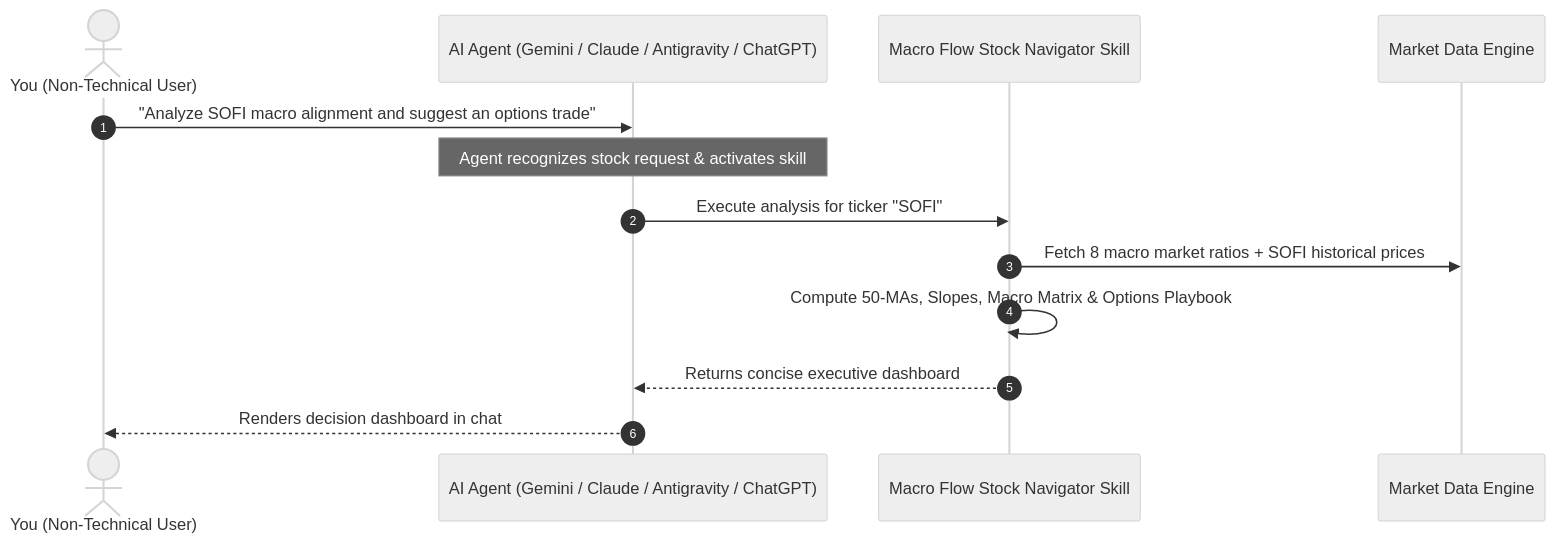
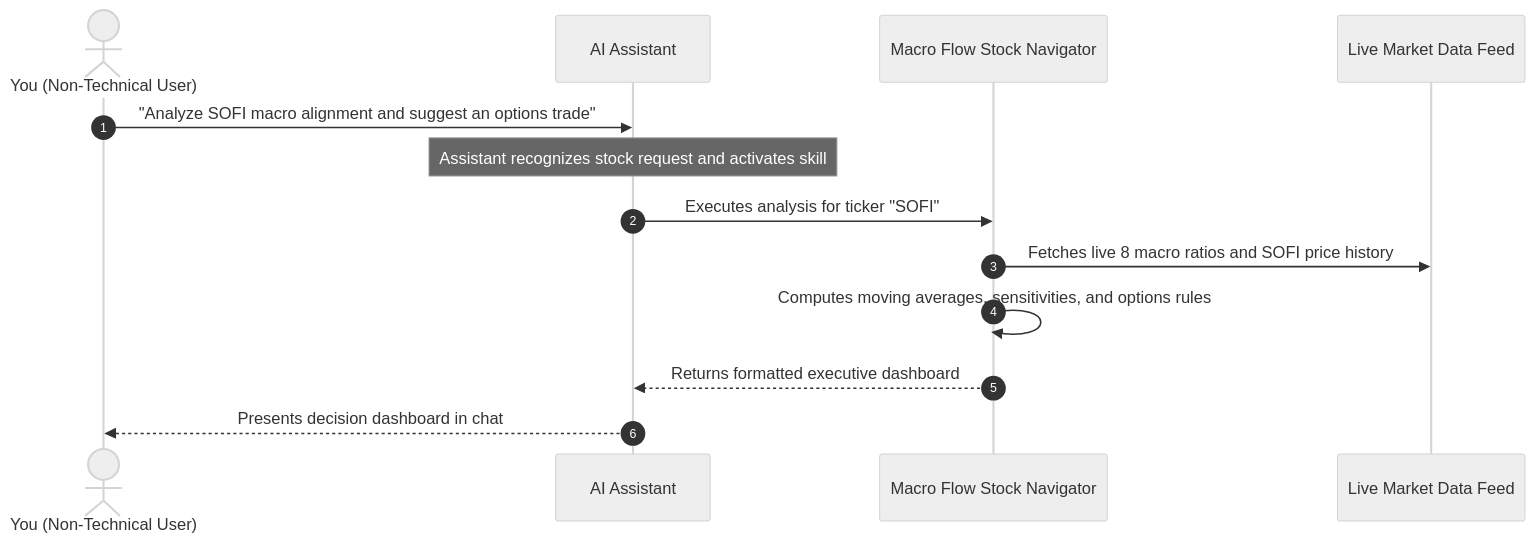
Before and after one commit to terravic/macro-flow-stock-navigator-skill: the diagram in README.md, drawn with Mermaid (neutral theme). The commit also changed other lines of this file and 18 other files, not shown here.

````diff
--- a/README.md
+++ b/README.md
@@ -44,16 +81,16 @@
 ```mermaid
 sequenceDiagram
     autonumber
     actor User as You (Non-Technical User)
-    participant Agent as AI Agent (Gemini / Claude / Antigravity / ChatGPT)
-    participant Tool as Macro Flow Stock Navigator Skill
-    participant Feed as Market Data Engine
+    participant Agent as AI Assistant
+    participant Tool as Macro Flow Stock Navigator
+    participant Feed as Live Market Data Feed
     
     User->>Agent: "Analyze SOFI macro alignment and suggest an options trade"
-    Note over Agent: Agent recognizes stock request & activates skill
-    Agent->>Tool: Execute analysis for ticker "SOFI"
-    Tool->>Feed: Fetch 8 macro market ratios + SOFI historical prices
-    Tool->>Tool: Compute 50-MAs, Slopes, Macro Matrix & Options Playbook
-    Tool-->>Agent: Returns concise executive dashboard
-    Agent-->>User: Renders decision dashboard in chat
+    Note over Agent: Assistant recognizes stock request and activates skill
+    Agent->>Tool: Executes analysis for ticker "SOFI"
+    Tool->>Feed: Fetches live 8 macro ratios and SOFI price history
+    Tool->>Tool: Computes moving averages, sensitivities, and options rules
+    Tool-->>Agent: Returns formatted executive dashboard
+    Agent-->>User: Presents decision dashboard in chat
 ```
````
